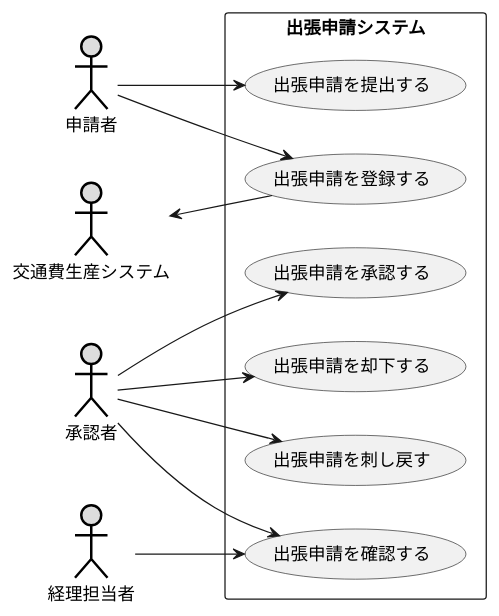
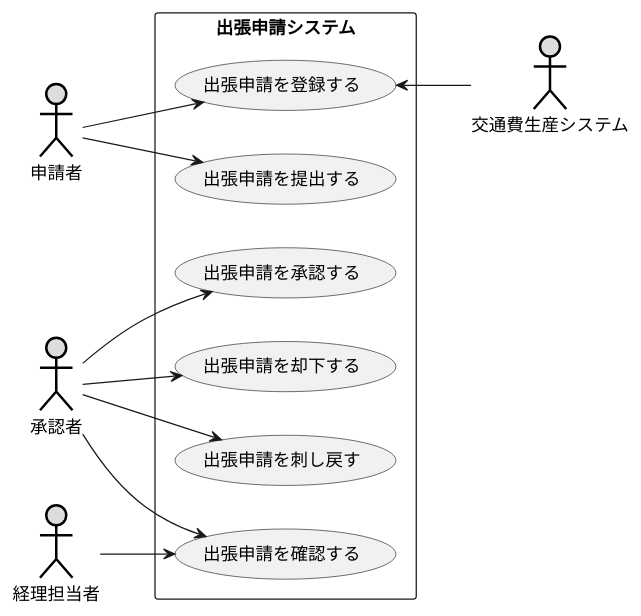
Before and after one commit to satou1024/linux: the diagram in 演習2-1_UM_出張管理システム.pu, drawn with PlantUML.

Commit message:
最終

```diff
--- a/演習2-1_UM_出張管理システム.pu
+++ b/演習2-1_UM_出張管理システム.pu
@@ -1,23 +1,23 @@
 @startuml 演習
 left to right direction
 actor 申請者#DDDDDD;line:black;line.bold;
 actor 承認者#DDDDDD;line:black;line.bold;
 actor 経理担当者#DDDDDD;line:black;line.bold;
 actor 交通費生産システム#DDDDDD;line:black;line.bold;
 rectangle 出張申請システム{
     usecase 出張申請を登録する
     usecase 出張申請を提出する
     usecase 出張申請を承認する
     usecase 出張申請を却下する
     usecase 出張申請を刺し戻す
     usecase 出張申請を確認する
 }
 申請者--> 出張申請を登録する
 申請者--> 出張申請を提出する
 承認者--> 出張申請を承認する
 承認者--> 出張申請を却下する
 承認者--> 出張申請を刺し戻す
 承認者--> 出張申請を確認する
 経理担当者--> 出張申請を確認する
-交通費生産システム<-- 出張申請を登録する
+出張申請を登録する<-- 交通費生産システム
 @enduml
```
